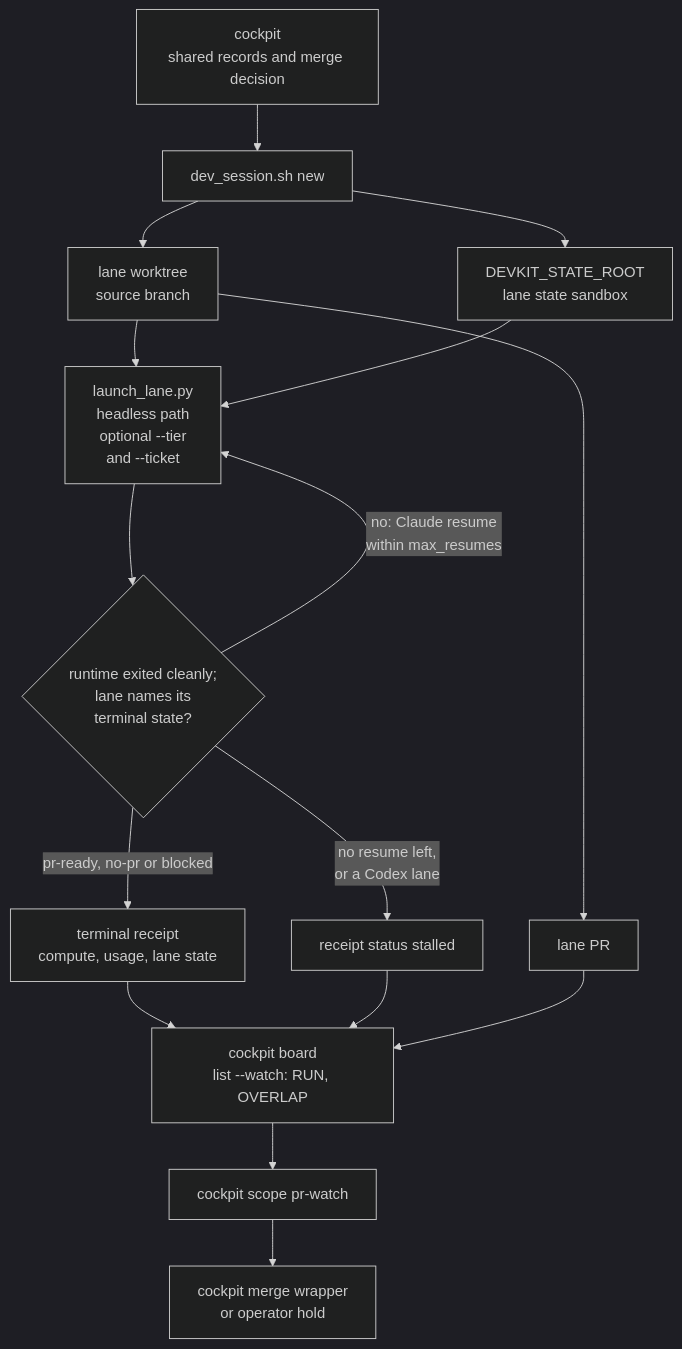
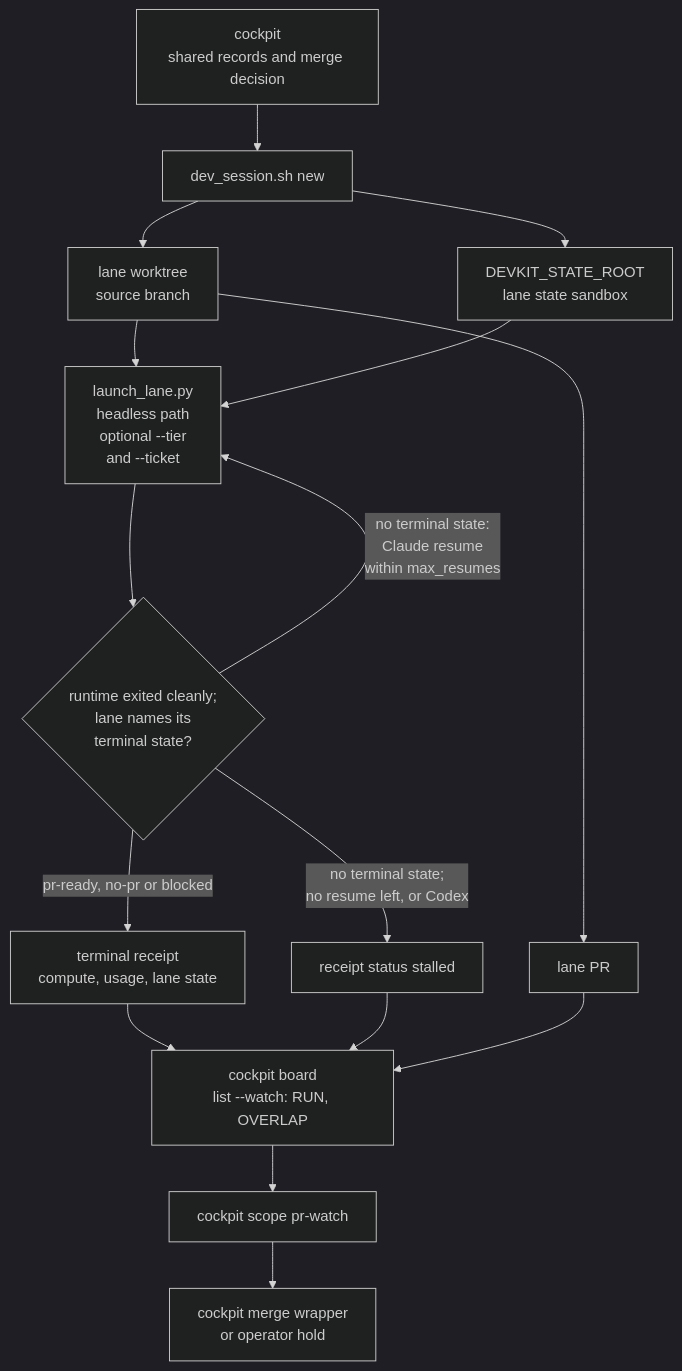
Before and after one commit to topij/agentic-dev-kit: the fourth of 6 diagrams in docs/architecture.md, drawn with Mermaid (dark theme). The commit also changed other lines of this file and 4 other files, not shown here.

````diff
--- a/docs/architecture.md
+++ b/docs/architecture.md
@@ -183,18 +183,18 @@
 ```mermaid
 flowchart TB
     Cockpit["cockpit<br/>shared records and merge decision"] --> Issuer["dev_session.sh new"]
     Issuer --> Worktree["lane worktree<br/>source branch"]
     Issuer --> Sandbox["DEVKIT_STATE_ROOT<br/>lane state sandbox"]
     Worktree --> Launcher["launch_lane.py<br/>headless path<br/>optional --tier<br/>and --ticket"]
     Sandbox --> Launcher
     Launcher --> Terminal{"runtime exited cleanly;<br/>lane names its<br/>terminal state?"}
     Terminal -->|"pr-ready, no-pr or blocked"| Receipt["terminal receipt<br/>compute, usage, lane state"]
-    Terminal -->|"no: Claude resume<br/>within max_resumes"| Launcher
-    Terminal -->|"no resume left,<br/>or a Codex lane"| Stalled["receipt status stalled"]
+    Terminal -->|"no terminal state:<br/>Claude resume<br/>within max_resumes"| Launcher
+    Terminal -->|"no terminal state;<br/>no resume left, or Codex"| Stalled["receipt status stalled"]
     Worktree --> PR["lane PR"]
     Receipt --> Board["cockpit board<br/>list --watch: RUN, OVERLAP"]
     Stalled --> Board
     PR --> Board
     Board --> Watch["cockpit scope pr-watch"]
     Watch --> Merge["cockpit merge wrapper<br/>or operator hold"]
 ```
````
